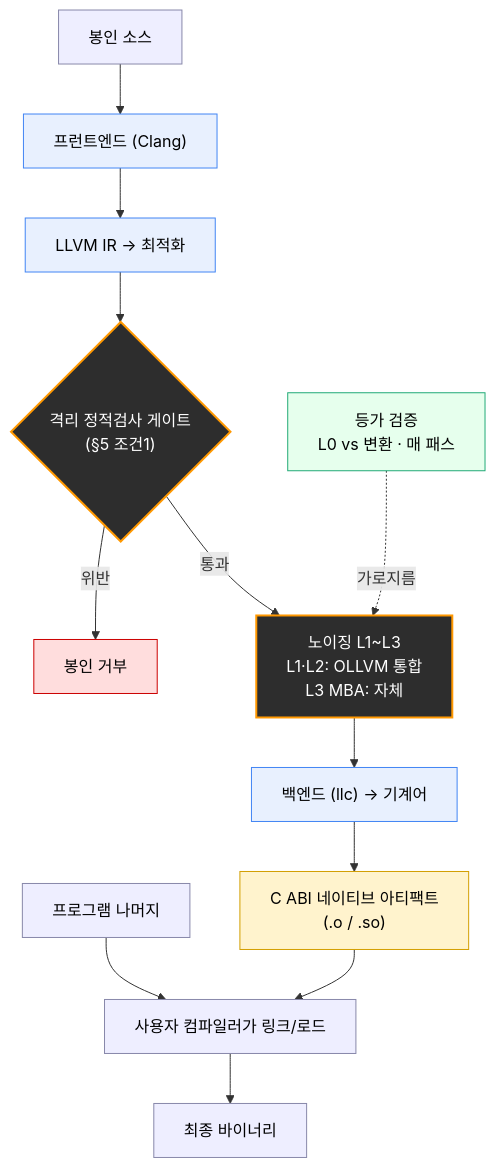
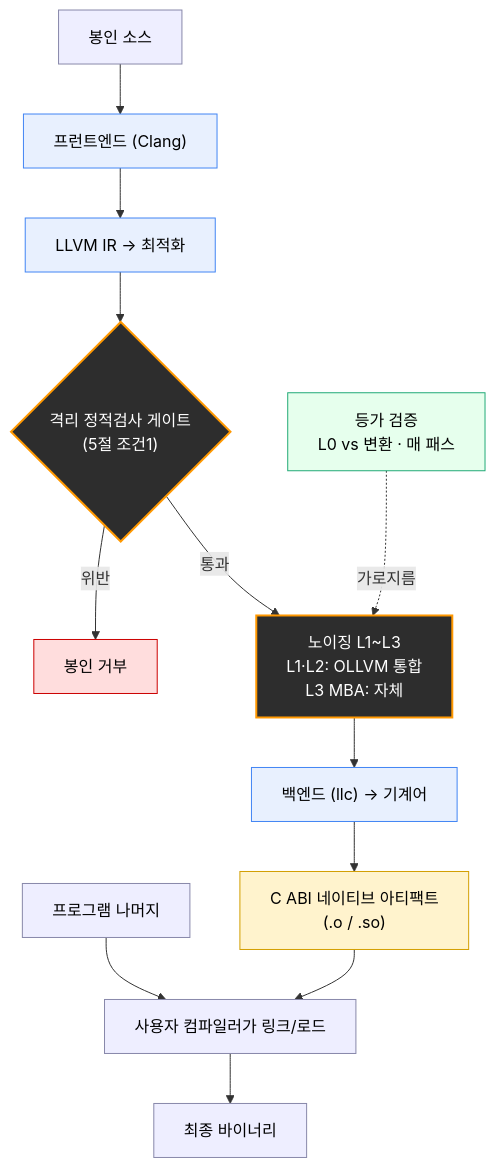
One commit to sdkurjnk/BlackShell changed the diagram in docs/BlackShell_Plan.md. Above: the diagram before and after it, drawn with Mermaid. The commit also changed other lines of this file and 1 other file, not shown here.

````diff
--- a/docs/BlackShell_Plan.md
+++ b/docs/BlackShell_Plan.md
@@ -115,21 +115,21 @@
 ```mermaid
 flowchart TD
     SRC["봉인 소스"]:::user --> FE["프런트엔드 (Clang)"]:::llvm
     FE --> OPT["LLVM IR → 최적화"]:::llvm
-    OPT --> GATE{"격리 정적검사 게이트<br/>(§5 조건1)"}:::ours
+    OPT --> GATE{"격리 정적검사 게이트<br/>(5절 조건1)"}:::ours
     GATE -->|"위반"| REJ["봉인 거부"]:::reject
     GATE -->|"통과"| NZ["노이징 L1~L3<br/>L1·L2: OLLVM 통합<br/>L3 MBA: 자체"]:::ours
     NZ --> BE["백엔드 (llc) → 기계어"]:::llvm
     BE --> ART["C ABI 네이티브 아티팩트<br/>(.o / .so)"]:::out
     REST["프로그램 나머지"]:::user --> LINK["사용자 컴파일러가 링크/로드"]:::user
     ART --> LINK
     LINK --> BIN["최종 바이너리"]:::user
     EQ["등가 검증<br/>L0 vs 변환 · 매 패스"]:::verify -.->|"가로지름"| NZ
 
     classDef ours fill:#2d2d2d,color:#ffffff,stroke:#ff9800,stroke-width:2px;
     classDef llvm fill:#e8f0fe,stroke:#4285f4,color:#000000;
     classDef out fill:#fff3cd,stroke:#d39e00,color:#000000;
     classDef user fill:#eeeeff,stroke:#8888aa,color:#000000;
     classDef reject fill:#ffdddd,stroke:#cc0000,color:#000000;
     classDef verify fill:#e6ffed,stroke:#22aa77,color:#000000;
 ```
````
